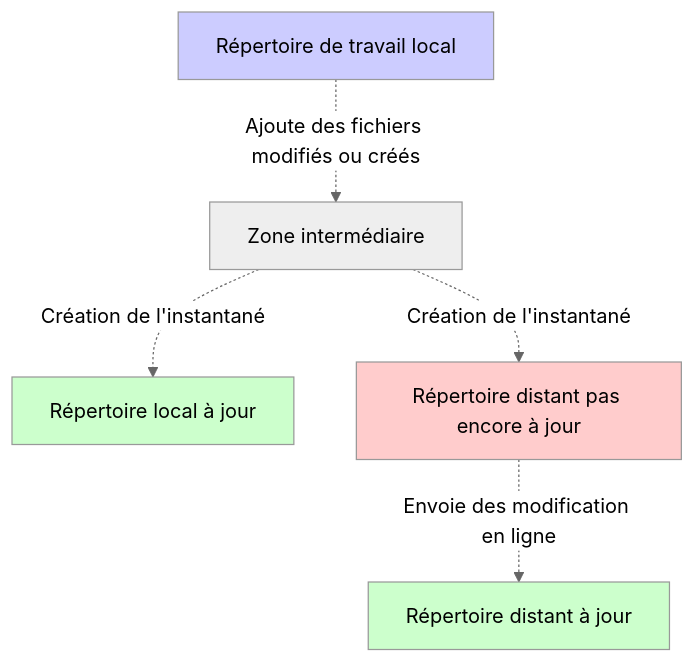
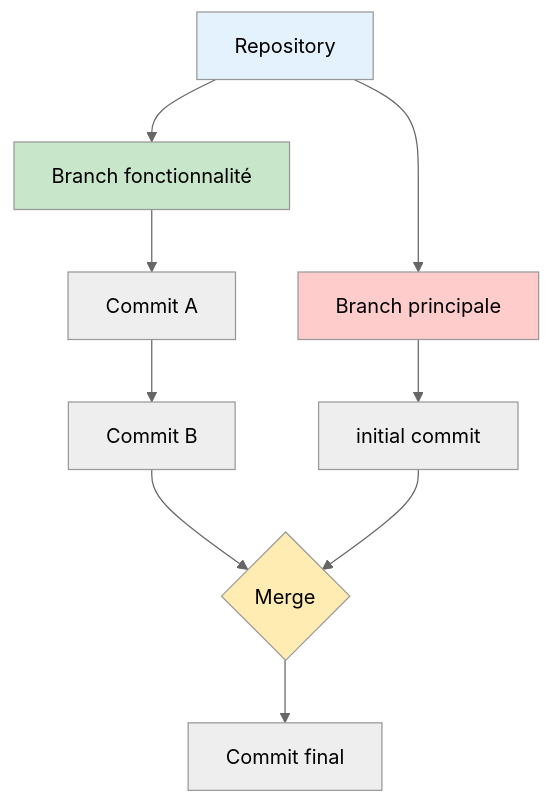
The fourth of 8 diagrams in docs/bases-fondamentales/outils/git/fondamentaux.mdx (zyrass/omnyforge), drawn with Mermaid before and after one commit. The commit also changed other lines of this file and 1 other file, not shown here.

````diff
--- a/docs/bases-fondamentales/outils/git/fondamentaux.mdx
+++ b/docs/bases-fondamentales/outils/git/fondamentaux.mdx
@@ -370,16 +221,20 @@
 ```mermaid
 ---
 config:
     theme: 'neutral'
 ---
-flowchart TB
-    A[Répertoire de travail local] -.->|Ajoute des fichiers modifiés ou créés| B[Zone intermédiaire]
-    B -.->|Création de l'instantané| C[Répertoire local à jour]
-    B -.->|Création de l'instantané| D[Répertoire distant pas encore à jour]
-    D -.->|Envoie des modification en ligne| E[Répertoire distant à jour]
+flowchart TD
+    A[Repository] --> B[Branch principale]
+    A --> C[Branch fonctionnalité]
+    B --> D[initial commit]
+    C --> F[Commit A]
+    F --> G[Commit B]
+    G --> H{Merge}
+    D --> H
+    H --> I[Commit final]
 
-    style A fill:#ccccff
-    style C fill:#ccffcc
-    style E fill:#ccffcc
-    style D fill:#ffcccc
+    style A fill:#e3f2fd
+    style B fill:#ffcccc
+    style C fill:#c8e6c9
+    style H fill:#ffecb3
 ```
````
